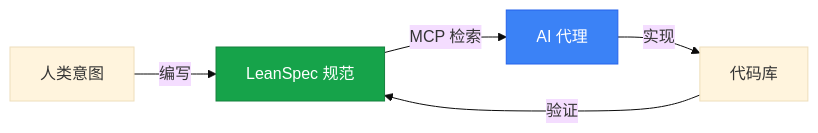
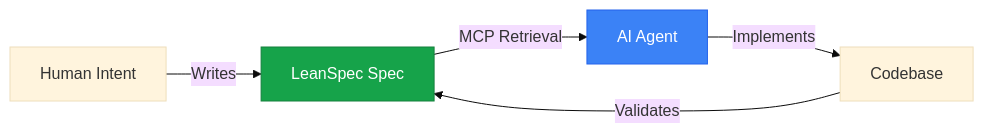
Before and after one commit to codervisor/lean-spec-docs: the diagram in i18n/zh-Hans/docusaurus-plugin-content-docs/current/advanced/ai-agent-memory.mdx, drawn with Mermaid (base theme). The commit also changed other lines of this file and 62 other files, not shown here.

````diff
--- a/i18n/zh-Hans/docusaurus-plugin-content-docs/current/advanced/ai-agent-memory.mdx
+++ b/i18n/zh-Hans/docusaurus-plugin-content-docs/current/advanced/ai-agent-memory.mdx
@@ -110,10 +110,10 @@
 ```mermaid
 flowchart LR
-    Human[人类意图] -->|编写| Spec[LeanSpec 规范]
-    Spec -->|MCP 检索| AI[AI 代理]
-    AI -->|实现| Code[代码库]
-    Code -->|验证| Spec
+    Human[Human Intent] -->|Writes| Spec[LeanSpec Spec]
+    Spec -->|MCP Retrieval| AI[AI Agent]
+    AI -->|Implements| Code[Codebase]
+    Code -->|Validates| Spec
     
     style Spec fill:#16a34a,stroke:#15803d,color:#fff
     style AI fill:#3b82f6,stroke:#2563eb,color:#fff
 ```
````
